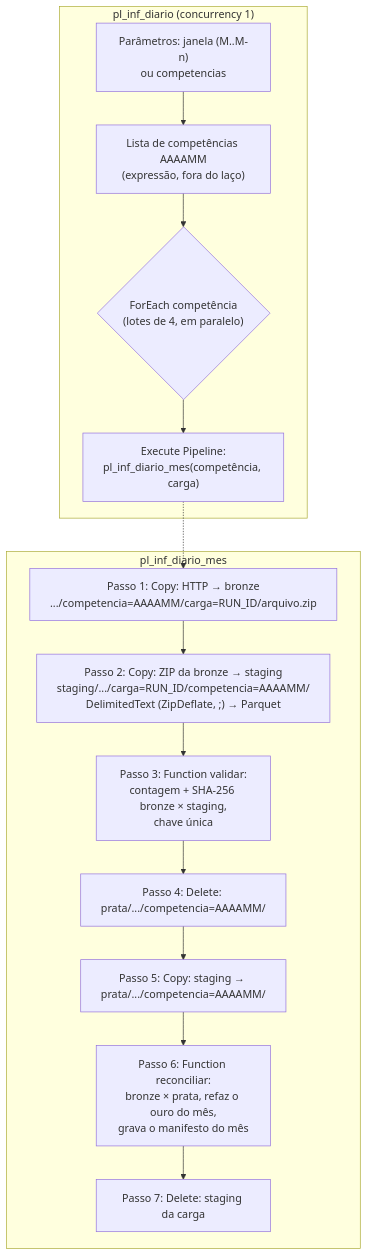
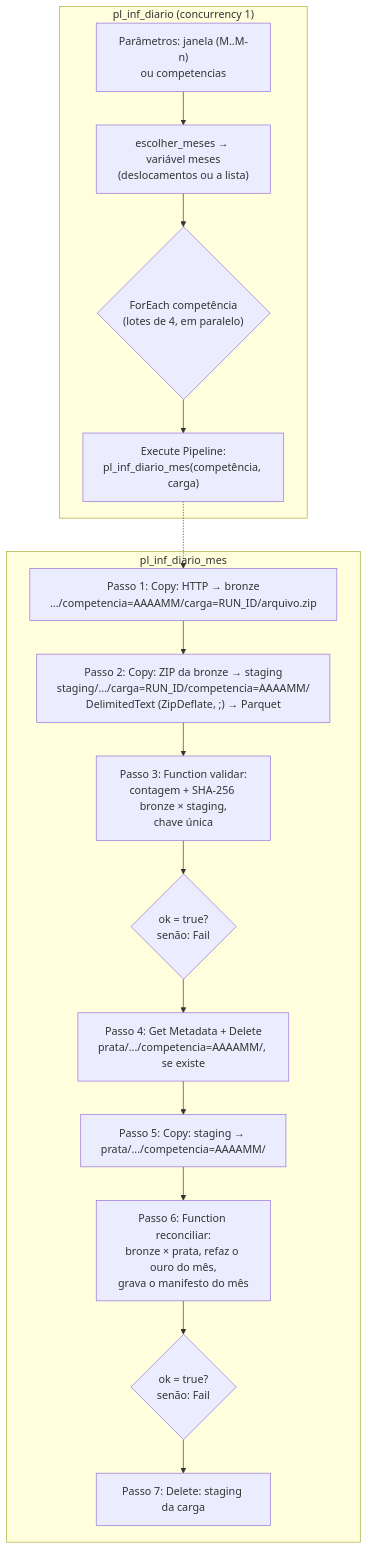
The second of 3 diagrams in docs/arquitetura.md (alanjoffre/cvm-azure-data-lake), drawn with Mermaid before and after one commit. The commit also changed other lines of this file and 32 other files, not shown here.

````diff
--- a/docs/arquitetura.md
+++ b/docs/arquitetura.md
@@ -92,18 +92,20 @@
 ```mermaid
 flowchart TB
     subgraph PAI["pl_inf_diario (concurrency 1)"]
-        S["Parâmetros: janela (M..M-n)<br/>ou competencias"] --> L["Lista de competências AAAAMM<br/>(expressão, fora do laço)"]
+        S["Parâmetros: janela (M..M-n)<br/>ou competencias"] --> L["escolher_meses → variável meses<br/>(deslocamentos ou a lista)"]
         L --> F{"ForEach competência<br/>(lotes de 4, em paralelo)"}
         F --> X["Execute Pipeline:<br/>pl_inf_diario_mes(competência, carga)"]
     end
     subgraph FILHO["pl_inf_diario_mes"]
         C1["Passo 1: Copy: HTTP → bronze<br/>.../competencia=AAAAMM/carga=RUN_ID/arquivo.zip"]
         C1 --> C2["Passo 2: Copy: ZIP da bronze → staging<br/>staging/.../carga=RUN_ID/competencia=AAAAMM/<br/>DelimitedText (ZipDeflate, ;) → Parquet"]
         C2 --> V["Passo 3: Function validar:<br/>contagem + SHA-256 bronze × staging,<br/>chave única"]
-        V --> D["Passo 4: Delete: prata/.../competencia=AAAAMM/"]
+        V --> G{"ok = true?<br/>senão: Fail"}
+        G --> D["Passo 4: Get Metadata + Delete<br/>prata/.../competencia=AAAAMM/, se existe"]
         D --> C3["Passo 5: Copy: staging → prata/.../competencia=AAAAMM/"]
         C3 --> R["Passo 6: Function reconciliar:<br/>bronze × prata, refaz o ouro do mês,<br/>grava o manifesto do mês"]
-        R --> DS["Passo 7: Delete: staging da carga"]
+        R --> G2{"ok = true?<br/>senão: Fail"}
+        G2 --> DS["Passo 7: Delete: staging da carga"]
     end
     X -.-> C1
 ```
````
